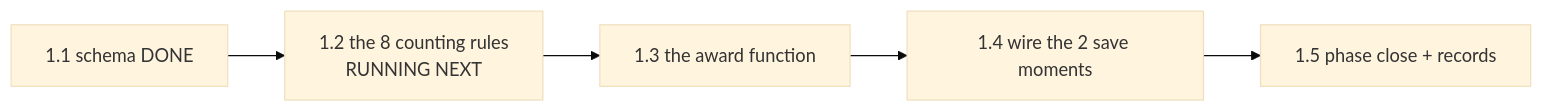
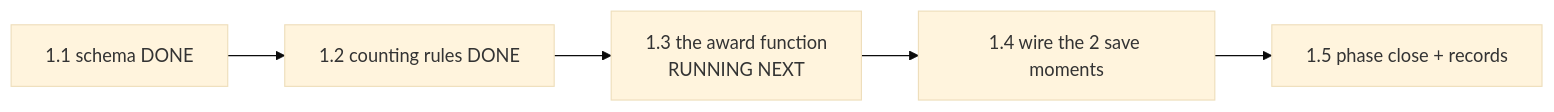
One commit to dkreinov/magic-clinic-english changed the diagram in .oplan/word-trophies/STATUS.md. Above: the diagram before and after it, drawn with Mermaid (base theme). The commit also changed other lines of this file and 2 other files, not shown here.

Commit message:
oplan: word-trophies step 1.2 accepted (285950b) — records

````diff
--- a/.oplan/word-trophies/STATUS.md
+++ b/.oplan/word-trophies/STATUS.md
@@ -9,7 +9,7 @@
 ```mermaid
 flowchart LR
-    S11[1.1 schema DONE] --> S12[1.2 the 8 counting rules<br/>RUNNING NEXT]
-    S12 --> S13[1.3 the award function]
+    S11[1.1 schema DONE] --> S12[1.2 counting rules DONE]
+    S12 --> S13[1.3 the award function<br/>RUNNING NEXT]
     S13 --> S14[1.4 wire the 2 save moments]
     S14 --> S15[1.5 phase close + records]
 ```
````
